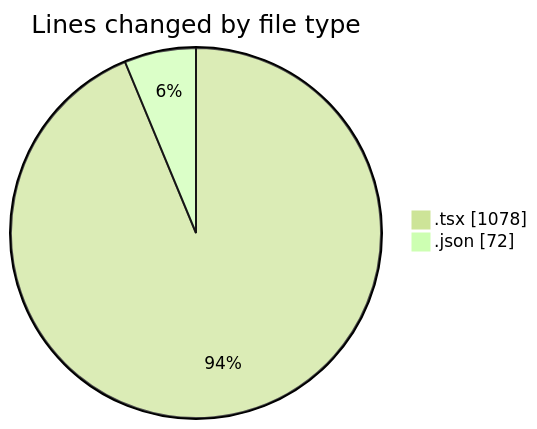
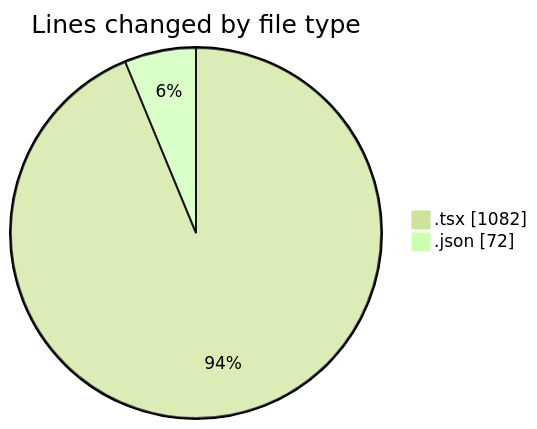
One commit to momahboobian/code-tracking changed the first of 2 diagrams in 2026-11-11/cda/README.md. Above: the diagram before and after it, drawn with Mermaid (forest theme). The commit also changed other lines of this file and 1 other file, not shown here.

````diff
--- a/2026-11-11/cda/README.md
+++ b/2026-11-11/cda/README.md
@@ -24,6 +24,6 @@
 ```mermaid
 pie showData
 title Lines changed by file type
-".tsx" : 1078
+".tsx" : 1082
 ".json" : 72
 ```
````
